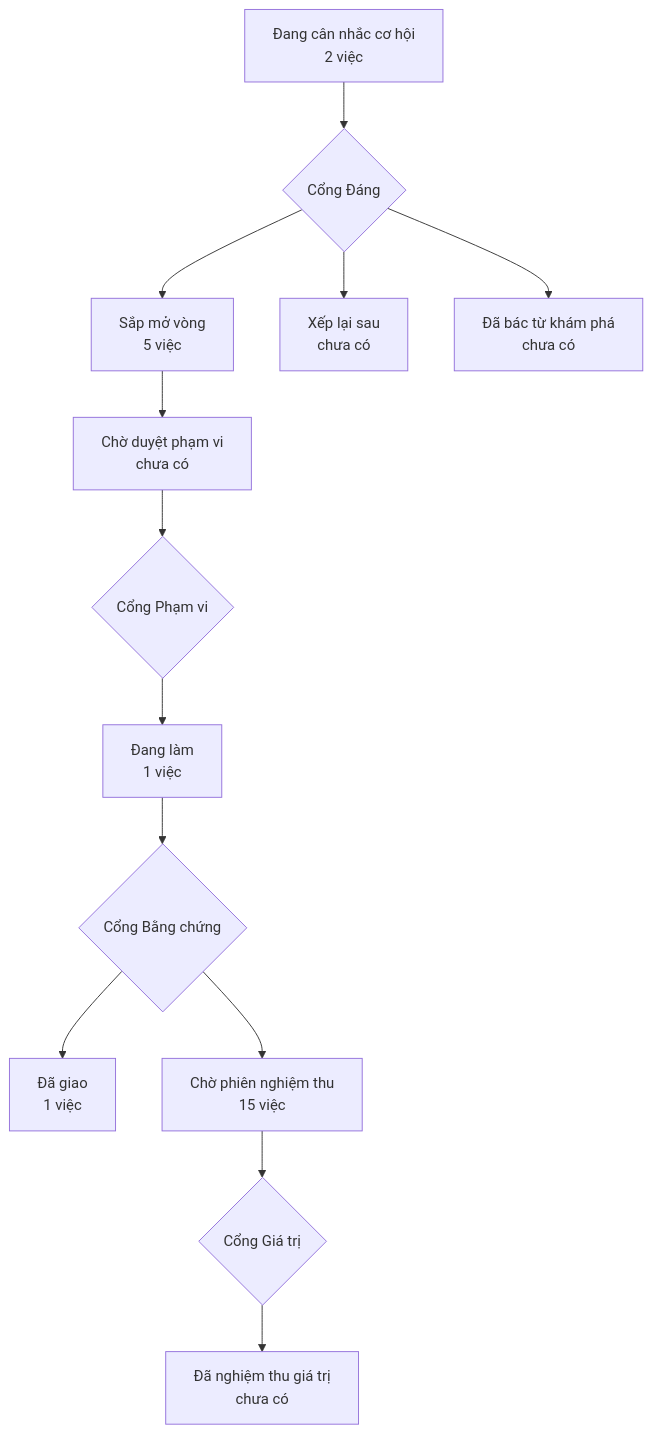
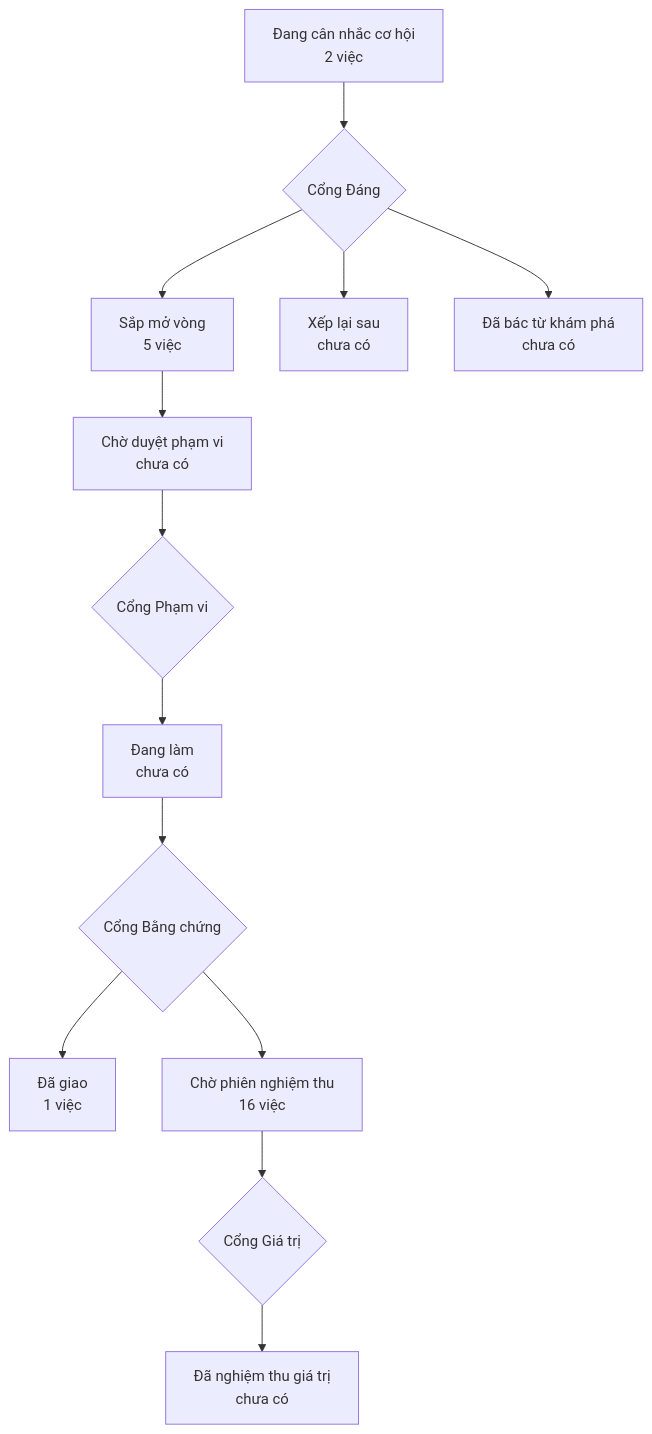
The diagram in PRODUCT-MAP.md (phanlemanh/onehub-inventory), drawn with Mermaid before and after one commit. The commit also changed other lines of this file and 4 other files, not shown here.

````diff
--- a/PRODUCT-MAP.md
+++ b/PRODUCT-MAP.md
@@ -7,12 +7,12 @@
 ```mermaid
 flowchart TD
   A["Đang cân nhắc cơ hội<br/>2 việc"] --> GD{"Cổng Đáng"}
   GD --> B["Sắp mở vòng<br/>5 việc"]
   GD --> XL["Xếp lại sau<br/>chưa có"]
   GD --> DB["Đã bác từ khám phá<br/>chưa có"]
   B --> CD["Chờ duyệt phạm vi<br/>chưa có"] --> GP{"Cổng Phạm vi"}
-  GP --> DL["Đang làm<br/>1 việc"] --> GB{"Cổng Bằng chứng"}
+  GP --> DL["Đang làm<br/>chưa có"] --> GB{"Cổng Bằng chứng"}
   GB --> DG["Đã giao<br/>1 việc"]
-  GB --> CN["Chờ phiên nghiệm thu<br/>15 việc"] --> GG{"Cổng Giá trị"}
+  GB --> CN["Chờ phiên nghiệm thu<br/>16 việc"] --> GG{"Cổng Giá trị"}
   GG --> NT["Đã nghiệm thu giá trị<br/>chưa có"]
 ```
````
